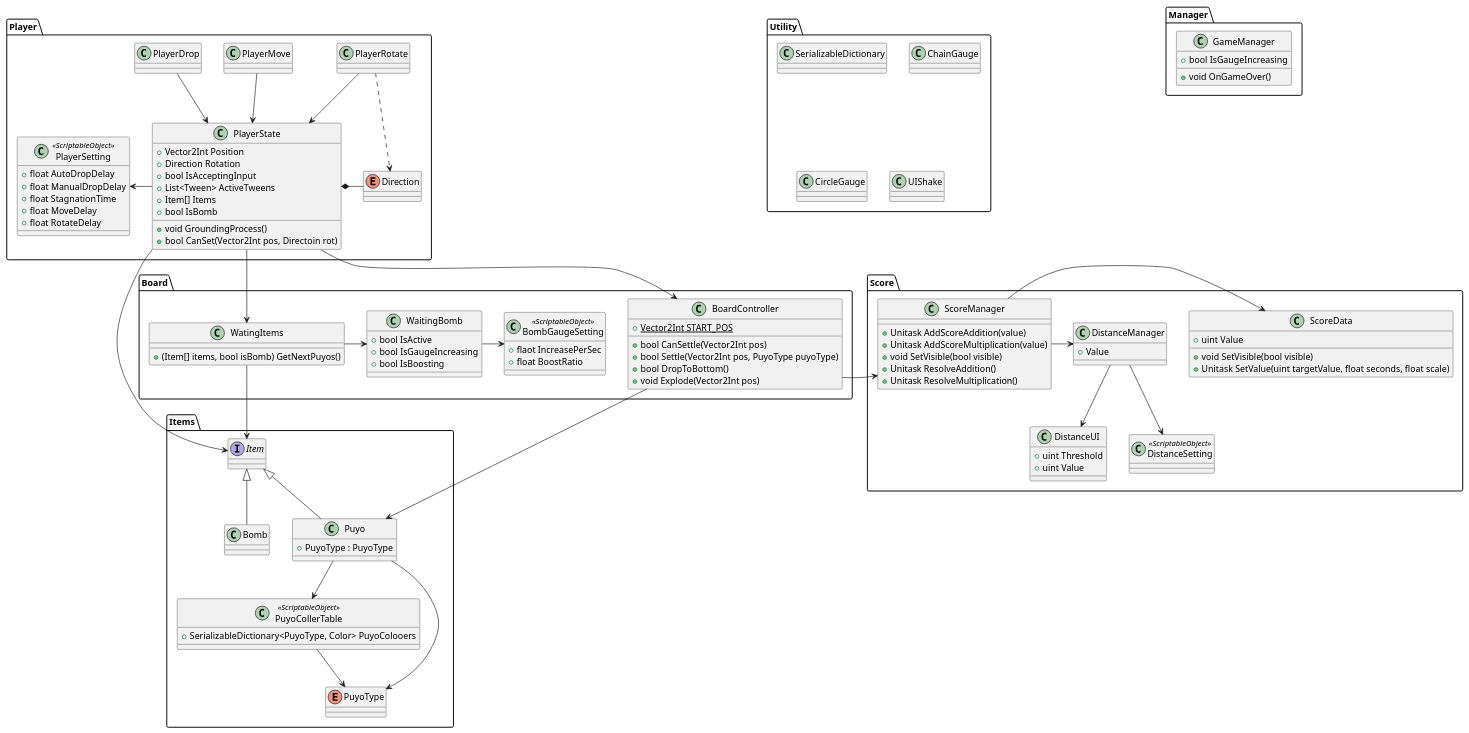
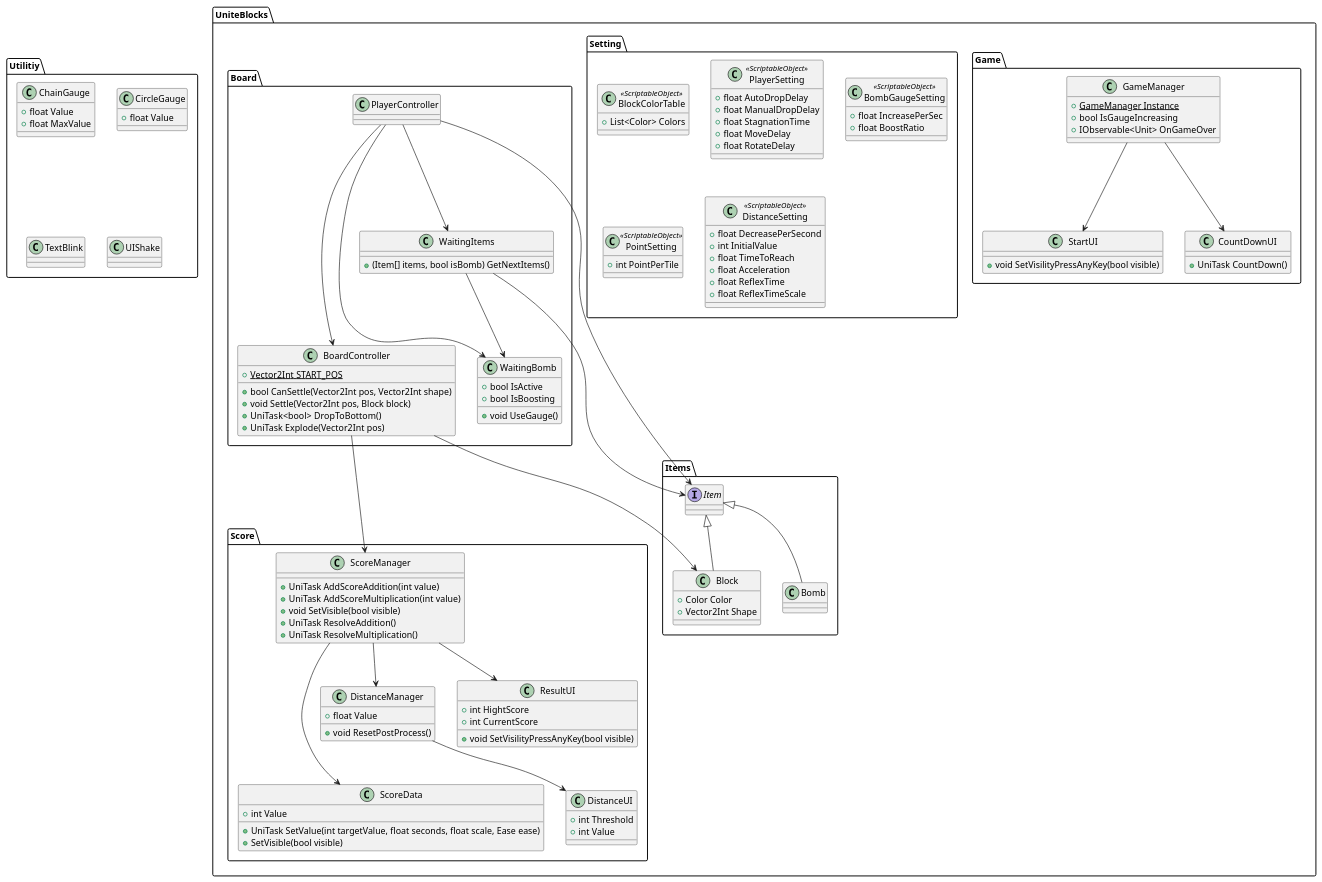
One commit to snnn30/UniteBlocks changed the diagram in UniteBlocks.pu. Above: the diagram before and after it, drawn with PlantUML. The commit also changed 5 other files, not shown here.

```diff
--- a/UniteBlocks.pu
+++ b/UniteBlocks.pu
@@ -1,133 +1,146 @@
 @startuml hoge
 
-namespace Player{
-    class PlayerRotate
-    class PlayerMove
-    class PlayerDrop
-    class PlayerState{
-        +Vector2Int Position
-        +Direction Rotation    
-        +bool IsAcceptingInput
-        +List<Tween> ActiveTweens
-        +Item[] Items
-        +bool IsBomb
-        +void GroundingProcess()
-        +bool CanSet(Vector2Int pos, Directoin rot)
+namespace Utilitiy{
+    class ChainGauge{
+        +float Value
+        +float MaxValue
     }
-    enum Direction
-    class PlayerSetting <<ScriptableObject>>{
-        +float AutoDropDelay
-        +float ManualDropDelay
-        +float StagnationTime
-        +float MoveDelay
-        +float RotateDelay
+    class CircleGauge{
+        +float Value
     }
-
-    PlayerDrop --> PlayerState
-    PlayerRotate --> PlayerState
-    PlayerMove --> PlayerState
-    PlayerRotate ..> Direction
-    PlayerState *- Direction
-    PlayerSetting <- PlayerState
-}
-
-namespace Items{
-    interface Item
-    class Bomb
-    class Puyo{
-        +PuyoType : PuyoType
-    }
-    class PuyoCollerTable <<ScriptableObject>>{
-        +SerializableDictionary<PuyoType, Color> PuyoColooers
-    }
-    enum PuyoType
-
-    Item <|-- Puyo
-    Item <|-- Bomb
-    Puyo --> PuyoCollerTable
-    Puyo --> PuyoType
-    PuyoCollerTable --> PuyoType
-}
-
-namespace Utility{
-    class SerializableDictionary
-    class ChainGauge
-    class CircleGauge
+    class TextBlink
     class UIShake
 }
 
-namespace Manager{
-    class GameManager{
-        +bool IsGaugeIncreasing
-        +void OnGameOver()
-    }
-}
+namespace UniteBlocks{
+    namespace Game{
+        class GameManager{
+            {static} +GameManager Instance
+            +bool IsGaugeIncreasing
+            +IObservable<Unit> OnGameOver
+        }
+        class StartUI{
+            +void SetVisilityPressAnyKey(bool visible)
+        }
+        class CountDownUI{
+            +UniTask CountDown()
+        }
 
-
-namespace Board{
-    class WaitingBomb{
-        +bool IsActive
-        +bool IsGaugeIncreasing
-        +bool IsBoosting
+        GameManager --> StartUI
+        GameManager --> CountDownUI
     }
 
-    class WatingItems{
-        +(Item[] items, bool isBomb) GetNextPuyos()
+    namespace Setting{
+        class BlockColorTable<<ScriptableObject>>{
+            +List<Color> Colors
+        }
+
+        class PlayerSetting<<ScriptableObject>>{
+            +float AutoDropDelay
+            +float ManualDropDelay
+            +float StagnationTime
+            +float MoveDelay
+            +float RotateDelay
+        }
+        class BombGaugeSetting<<ScriptableObject>>{
+            +float IncreasePerSec
+            +float BoostRatio
+        }
+        class PointSetting<<ScriptableObject>>{
+            +int PointPerTile
+        }
+        class DistanceSetting<<ScriptableObject>>{
+            +float DecreasePerSecond
+            +int InitialValue
+            +float TimeToReach
+            +float Acceleration
+            +float ReflexTime
+            +float ReflexTimeScale
+        }
     }
-
-    class BoardController{
-        {static} +Vector2Int START_POS
-        +bool CanSettle(Vector2Int pos) 
-        +bool Settle(Vector2Int pos, PuyoType puyoType)
-        +bool DropToBottom()
-        +void Explode(Vector2Int pos)
-    }
-    class BombGaugeSetting<<ScriptableObject>>{
-        +flaot IncreasePerSec
-        +float BoostRatio
-    }
-
-    WaitingBomb <- WatingItems
-    WaitingBomb -> BombGaugeSetting
-}
-
-namespace Score{
-    class ScoreData{
-        +uint Value
-        +void SetVisible(bool visible)
-        +Unitask SetValue(uint targetValue, float seconds, float scale)
-    }
-    class ScoreManager{
-        +Unitask AddScoreAddition(value)
-        +Unitask AddScoreMultiplication(value)
-        +void SetVisible(bool visible)
-        +Unitask ResolveAddition()
-        +Unitask ResolveMultiplication()
-    }
-    class DistanceUI{
-        +uint Threshold
-        +uint Value
-    }
-    class DistanceManager{
-        +Value
-    }
-    class DistanceSetting<<ScriptableObject>>
-
-    ScoreManager -> ScoreData
-    ScoreManager -> DistanceManager
-    DistanceManager --> DistanceUI
-    DistanceManager --> DistanceSetting
-}
 
 
 
 
-PlayerState --> Item
-PlayerState --> BoardController
-PlayerState --> WatingItems
 
-WatingItems --> Item
-BoardController --> Puyo
-BoardController -> ScoreManager
+    namespace Score{
+        class ScoreData{
+            +int Value
+            +UniTask SetValue(int targetValue, float seconds, float scale, Ease ease)
+            +SetVisible(bool visible)
+        }
+        class ScoreManager{
+            +UniTask AddScoreAddition(int value)
+            +UniTask AddScoreMultiplication(int value)
+            +void SetVisible(bool visible)
+            +UniTask ResolveAddition()
+            +UniTask ResolveMultiplication()
+        }
+        class DistanceManager{
+            +float Value
+            +void ResetPostProcess()
+        }
+        class DistanceUI{
+            +int Threshold
+            +int Value
+        }    
+        class ResultUI{
+            +int HightScore
+            +int CurrentScore
+            +void SetVisilityPressAnyKey(bool visible)
+        }
+
+        DistanceManager --> DistanceUI
+        ScoreManager ---> ScoreData
+        ScoreManager --> DistanceManager
+        ScoreManager --> ResultUI
+    }
+
+    namespace Items{
+        class Block{
+            +Color Color
+            +Vector2Int Shape
+        }
+        class Bomb
+        interface Item
+
+        Item <|-- Bomb
+        Item <|-- Block
+    }
+
+    namespace Board{
+        class PlayerController
+        class WaitingBomb{
+            +bool IsActive
+            +bool IsBoosting
+            +void UseGauge()
+        }
+        class WaitingItems{
+            +(Item[] items, bool isBomb) GetNextItems()
+        }
+        class BoardController{
+            {static} +Vector2Int START_POS
+            +bool CanSettle(Vector2Int pos, Vector2Int shape)
+            +void Settle(Vector2Int pos, Block block)
+            +UniTask<bool> DropToBottom()
+            +UniTask Explode(Vector2Int pos)
+        }
+
+        PlayerController ---> BoardController
+        PlayerController --> WaitingItems
+        PlayerController --> WaitingBomb
+        WaitingItems --> WaitingBomb
+    }
+
+
+
+    BoardController ---> ScoreManager
+    BoardController ---> Block
+    WaitingItems ---> Item
+    PlayerController --> Item
+    
+
+
+}
 
 @enduml
```
